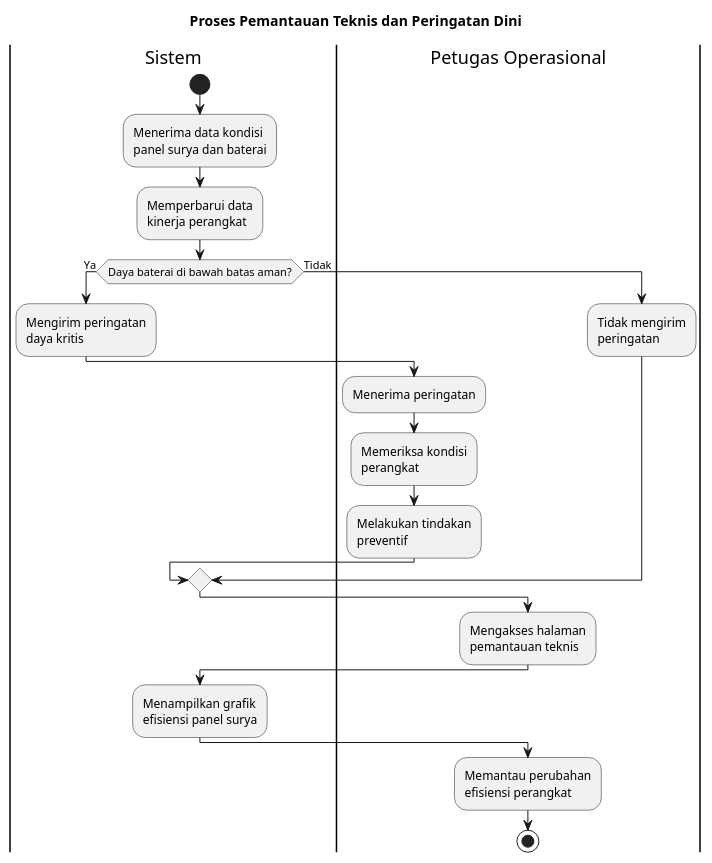
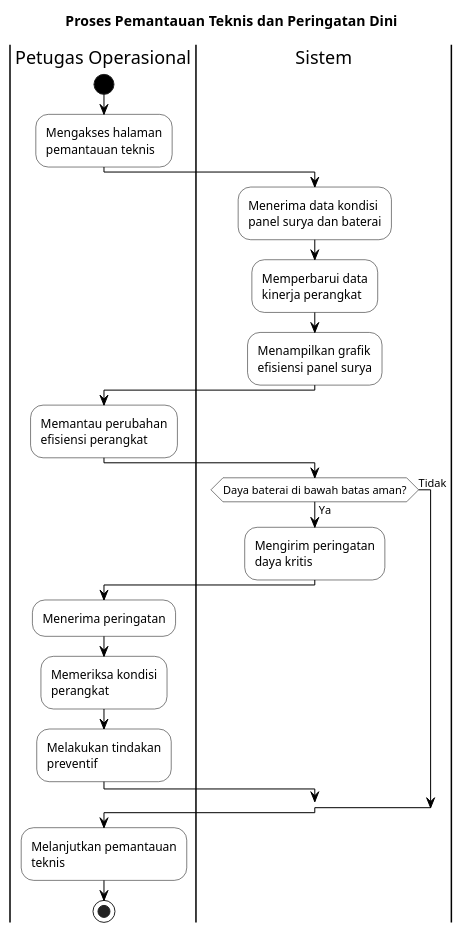
The diagram in docs/M1/assets/diagram/source/proses-pemantauan-teknis.puml (wequra/IF2150-RPL-K03-G10), drawn with PlantUML before and after one commit. The commit also changed 7 other files, not shown here.

Commit message:
docs: update swimlane diagrams to monochrome style

```diff
--- a/docs/M1/assets/diagram/source/proses-pemantauan-teknis.puml
+++ b/docs/M1/assets/diagram/source/proses-pemantauan-teknis.puml
@@ -1,49 +1,71 @@
 @startuml
+
+skinparam backgroundColor White
+skinparam shadowing false
+skinparam defaultFontColor Black
+skinparam ArrowColor Black
+
+' Decision tetap diamond, penggabungan cabang menjadi garis horizontal
+skinparam ConditionEndStyle hline
+
+skinparam activity {
+    BackgroundColor White
+    BorderColor Black
+    FontColor Black
+    DiamondBackgroundColor White
+    DiamondBorderColor Black
+    DiamondFontColor Black
+    StartColor Black
+    EndColor Black
+    BarColor Black
+}
 
 title Proses Pemantauan Teknis dan Peringatan Dini
 
-|Sistem|
+|#White|Petugas Operasional|
 start
 
+:Mengakses halaman
+pemantauan teknis;
+
+|#White|Sistem|
 :Menerima data kondisi
 panel surya dan baterai;
 
 :Memperbarui data
 kinerja perangkat;
 
+:Menampilkan grafik
+efisiensi panel surya;
+
+|#White|Petugas Operasional|
+:Memantau perubahan
+efisiensi perangkat;
+
+|#White|Sistem|
 if (Daya baterai di bawah batas aman?) then (Ya)
 
     :Mengirim peringatan
     daya kritis;
 
-    |Petugas Operasional|
+    |#White|Petugas Operasional|
     :Menerima peringatan;
 
     :Memeriksa kondisi
     perangkat;
 
     :Melakukan tindakan
     preventif;
 
 else (Tidak)
 
-    :Tidak mengirim
-    peringatan;
+    |#White|Petugas Operasional|
 
 endif
 
-|Petugas Operasional|
-:Mengakses halaman
-pemantauan teknis;
-
-|Sistem|
-:Menampilkan grafik
-efisiensi panel surya;
-
-|Petugas Operasional|
-:Memantau perubahan
-efisiensi perangkat;
+:Melanjutkan pemantauan
+teknis;
 
 stop
 
 @enduml
```
